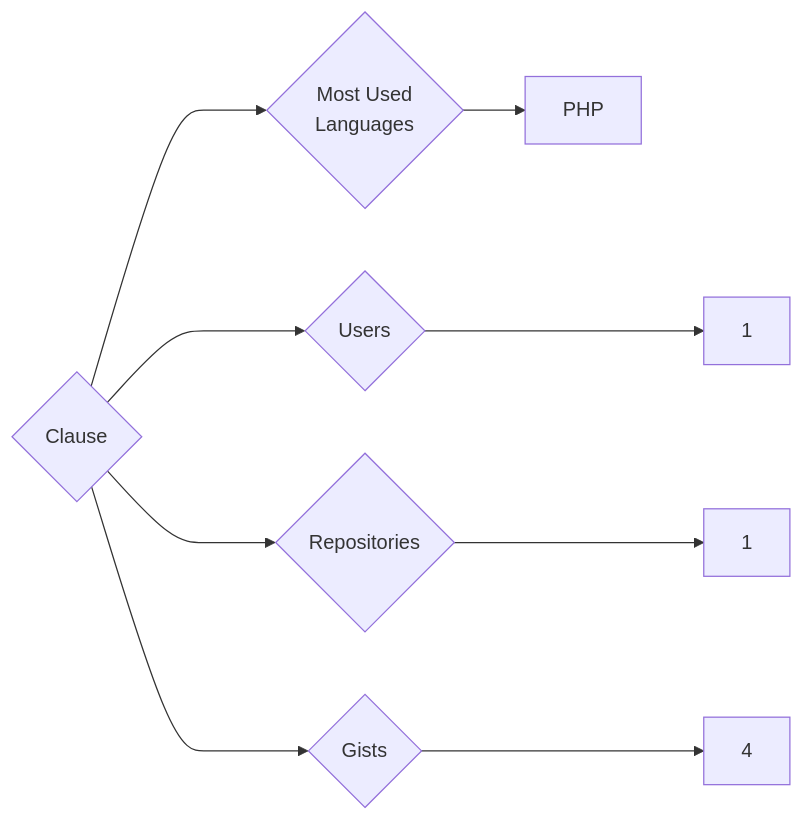
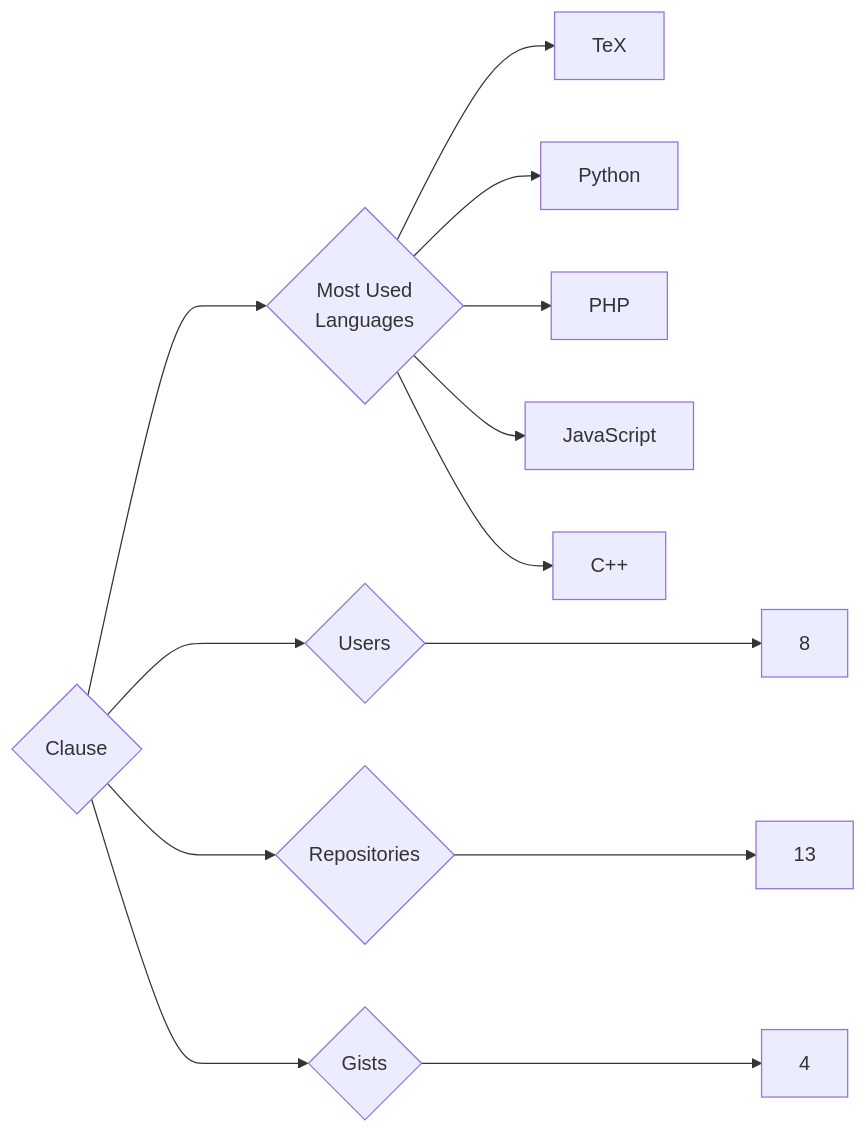
One commit to trickest/insiders changed the diagram in targets/Clause/README.md. Above: the diagram before and after it, drawn with Mermaid. The commit also changed 679 other files, not shown here.

````diff
--- a/targets/Clause/README.md
+++ b/targets/Clause/README.md
@@ -3,9 +3,13 @@
 ```mermaid
 graph LR
 COMPANY_NAME{Clause}
-COMPANY_NAME ---> U{Users} ---> UN[1]
-COMPANY_NAME ---> R{Repositories} ---> RN[1]
+COMPANY_NAME ---> U{Users} ---> UN[8]
+COMPANY_NAME ---> R{Repositories} ---> RN[13]
 COMPANY_NAME ---> G{Gists} ---> GN[4]
 COMPANY_NAME ---> ML{Most Used<br>Languages}
+ML --> TeX[TeX]
+ML --> Python[Python]
 ML --> PHP[PHP]
+ML --> JavaScript[JavaScript]
+ML --> C++[C++]
 ```
````
